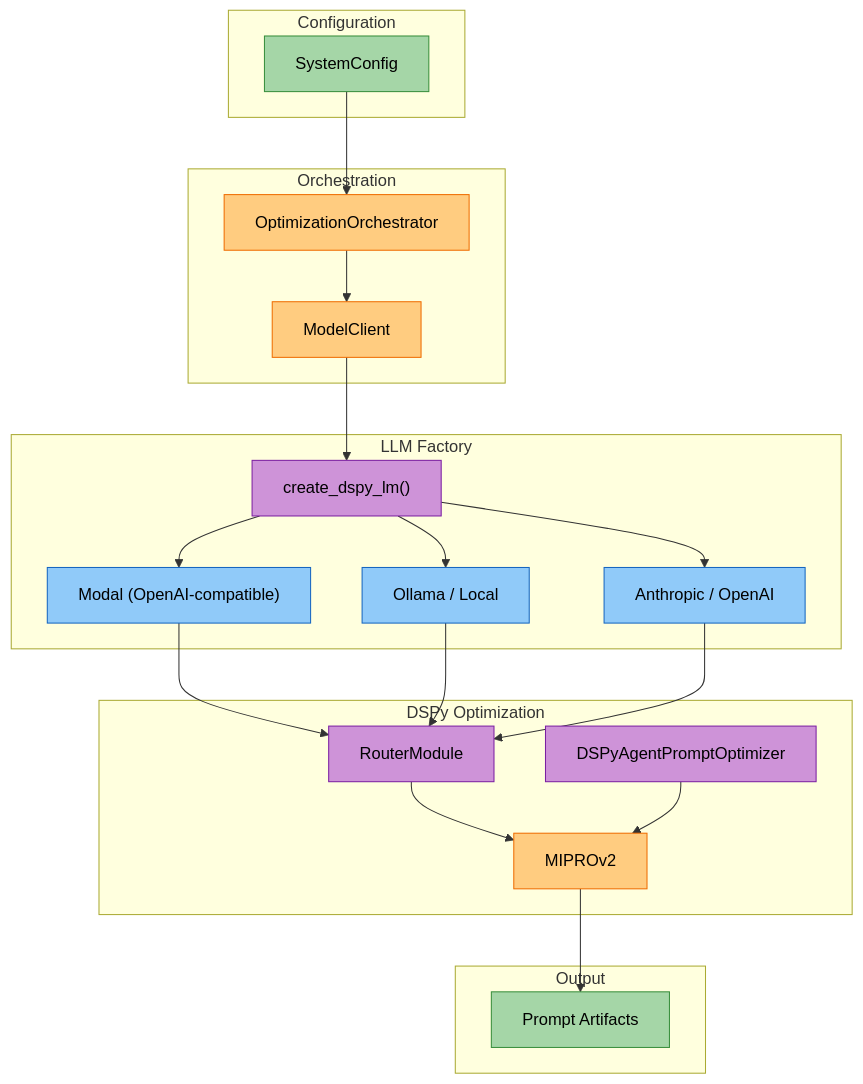
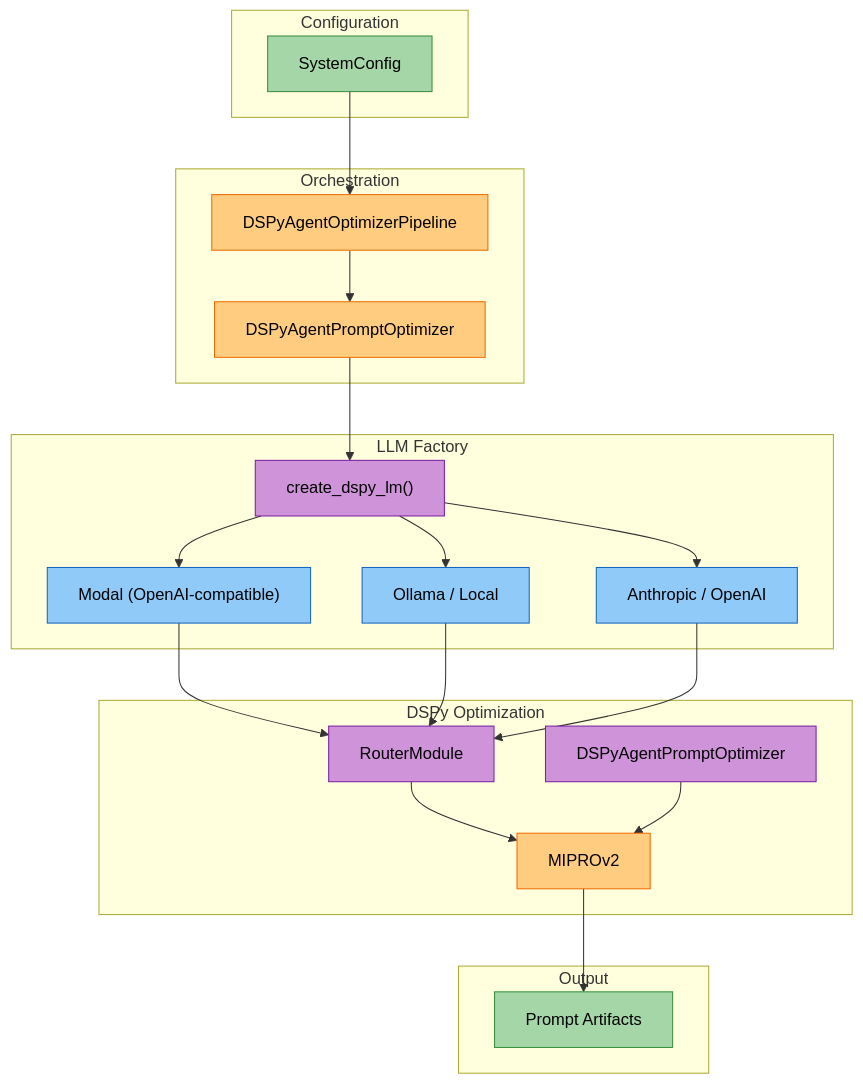
The fourth of 4 diagrams in docs/modules/optimization.md (amit-jain/cogniverse), drawn with Mermaid before and after one commit. The commit also changed other lines of this file and 107 other files, not shown here.

````diff
--- a/docs/modules/optimization.md
+++ b/docs/modules/optimization.md
@@ -1940,56 +1208,56 @@
 ```mermaid
 flowchart TB
     subgraph "Configuration"
         Config["<span style='color:#000'>SystemConfig</span>"]
     end
 
     subgraph "Orchestration"
-        Orch["<span style='color:#000'>OptimizationOrchestrator</span>"]
-        Client["<span style='color:#000'>ModelClient</span>"]
+        Orch["<span style='color:#000'>DSPyAgentOptimizerPipeline</span>"]
+        Client["<span style='color:#000'>DSPyAgentPromptOptimizer</span>"]
     end
 
     subgraph "LLM Factory"
         Factory["<span style='color:#000'>create_dspy_lm()</span>"]
         Modal["<span style='color:#000'>Modal (OpenAI-compatible)</span>"]
         Local["<span style='color:#000'>Ollama / Local</span>"]
         API["<span style='color:#000'>Anthropic / OpenAI</span>"]
     end
 
     subgraph "DSPy Optimization"
         Router["<span style='color:#000'>RouterModule</span>"]
         AgentOpt["<span style='color:#000'>DSPyAgentPromptOptimizer</span>"]
         MIPRO["<span style='color:#000'>MIPROv2</span>"]
     end
 
     subgraph "Output"
         Artifacts["<span style='color:#000'>Prompt Artifacts</span>"]
     end
 
     Config --> Orch
     Orch --> Client
     Client --> Factory
 
     Factory --> Modal
     Factory --> Local
     Factory --> API
 
     Modal --> Router
     Local --> Router
     API --> Router
 
     Router --> MIPRO
     AgentOpt --> MIPRO
     MIPRO --> Artifacts
 
     style Config fill:#a5d6a7,stroke:#388e3c,color:#000
     style Orch fill:#ffcc80,stroke:#ef6c00,color:#000
     style Client fill:#ffcc80,stroke:#ef6c00,color:#000
     style Factory fill:#ce93d8,stroke:#7b1fa2,color:#000
     style Modal fill:#90caf9,stroke:#1565c0,color:#000
     style Local fill:#90caf9,stroke:#1565c0,color:#000
     style API fill:#90caf9,stroke:#1565c0,color:#000
     style Router fill:#ce93d8,stroke:#7b1fa2,color:#000
     style AgentOpt fill:#ce93d8,stroke:#7b1fa2,color:#000
     style MIPRO fill:#ffcc80,stroke:#ef6c00,color:#000
     style Artifacts fill:#a5d6a7,stroke:#388e3c,color:#000
 ```
````
